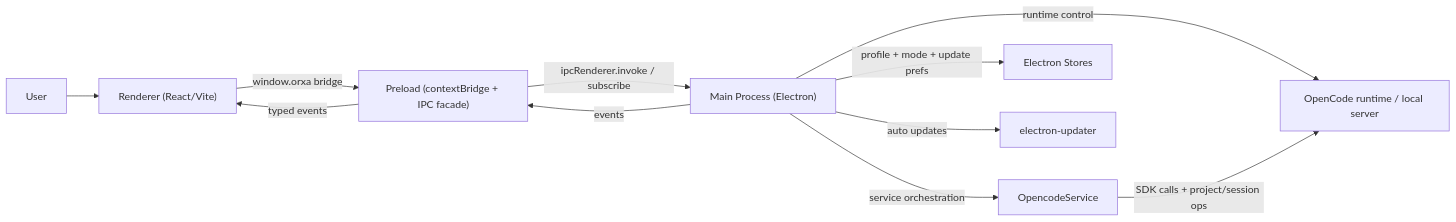
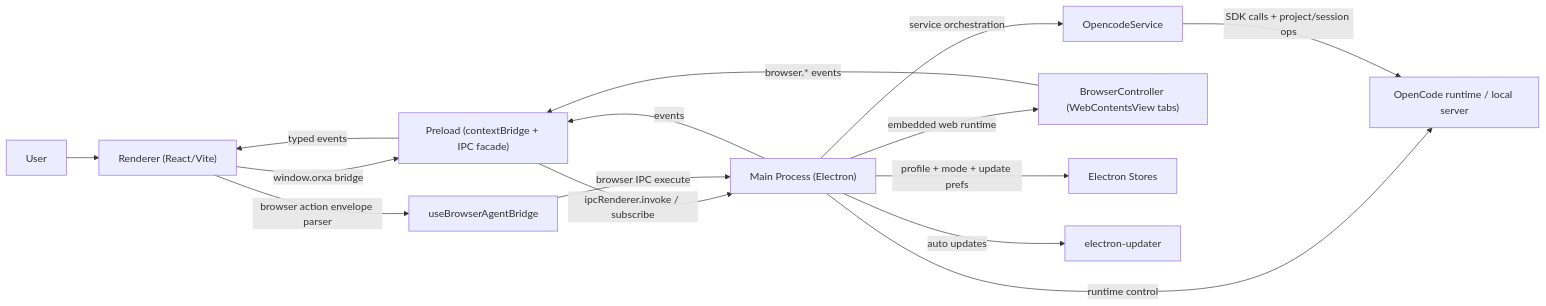
Before and after one commit to Reliability-Works/orxacode: the diagram in docs/architecture.md, drawn with Mermaid. The commit also changed other lines of this file and 39 other files, not shown here.

````diff
--- a/docs/architecture.md
+++ b/docs/architecture.md
@@ -5,15 +5,19 @@
 ```mermaid
 flowchart LR
     User["User"] --> Renderer["Renderer (React/Vite)"]
     Renderer -->|"window.orxa bridge"| Preload["Preload (contextBridge + IPC facade)"]
     Preload -->|"ipcRenderer.invoke / subscribe"| Main["Main Process (Electron)"]
 
     Main -->|"service orchestration"| OpenCodeSvc["OpencodeService"]
+    Main -->|"embedded web runtime"| BrowserCtrl["BrowserController (WebContentsView tabs)"]
     Main -->|"profile + mode + update prefs"| Stores["Electron Stores"]
     Main -->|"runtime control"| Runtime["OpenCode runtime / local server"]
     Main -->|"auto updates"| Updater["electron-updater"]
 
     OpenCodeSvc -->|"SDK calls + project/session ops"| Runtime
+    Renderer -->|"browser action envelope parser"| BrowserBridge["useBrowserAgentBridge"]
+    BrowserBridge -->|"browser IPC execute"| Main
+    BrowserCtrl -->|"browser.* events"| Preload
     Main -->|"events"| Preload
     Preload -->|"typed events"| Renderer
 ```
````
